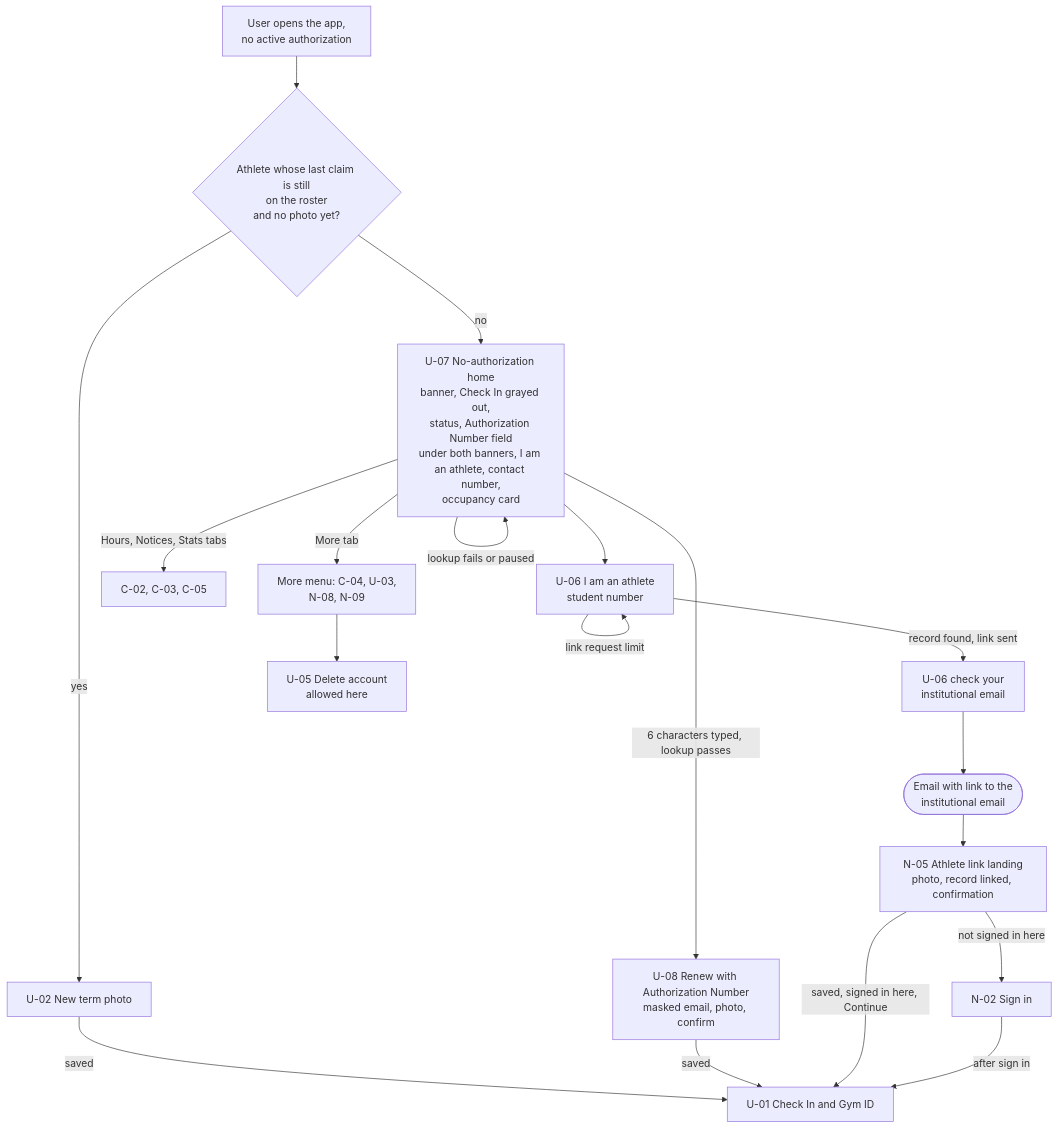
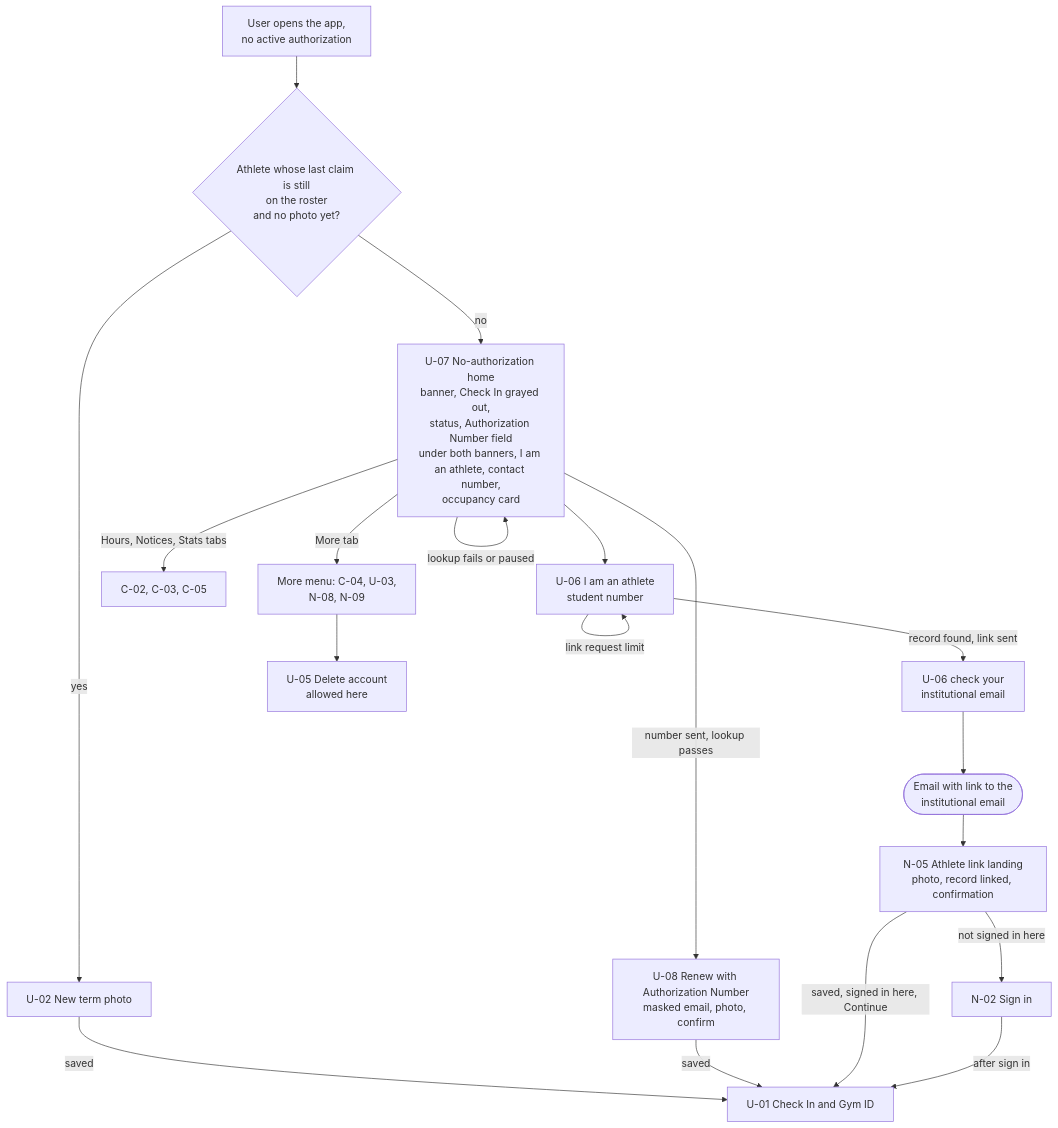
One commit to Th3-Minorities/natatorio-gym-app changed the third of 7 diagrams in docs/design/screen-map.md. Above: the diagram before and after it, drawn with Mermaid. The commit also changed other lines of this file and 11 other files, not shown here.

````diff
--- a/docs/design/screen-map.md
+++ b/docs/design/screen-map.md
@@ -87,21 +85,21 @@
 ```mermaid
 flowchart TD
   OPEN["User opens the app,<br/>no active authorization"] --> T{"Athlete whose last claim is still<br/>on the roster<br/>and no photo yet?"}
   T -->|"yes"| U02["U-02 New term photo"]
   U02 -->|"saved"| U01["U-01 Check In and Gym ID"]
   T -->|"no"| U07["U-07 No-authorization home<br/>banner, Check In grayed out,<br/>status, Authorization Number field<br/>under both banners, I am an athlete, contact number,<br/>occupancy card"]
-  U07 -->|"6 characters typed, lookup passes"| U08["U-08 Renew with Authorization Number<br/>masked email, photo, confirm"]
+  U07 -->|"number sent, lookup passes"| U08["U-08 Renew with Authorization Number<br/>masked email, photo, confirm"]
   U07 -->|"lookup fails or paused"| U07
   U08 -->|"saved"| U01
   U07 --> U06["U-06 I am an athlete<br/>student number"]
   U06 -->|"record found, link sent"| U06M["U-06 check your<br/>institutional email"]
   U06 -->|"link request limit"| U06
   U06M --> MAIL(["Email with link to the<br/>institutional email"])
   MAIL --> N05["N-05 Athlete link landing<br/>photo, record linked, confirmation"]
   N05 -->|"saved, signed in here, Continue"| U01
   N05 -->|"not signed in here"| N02["N-02 Sign in"]
   N02 -->|"after sign in"| U01
   U07 -->|"Hours, Notices, Stats tabs"| SH["C-02, C-03, C-05"]
   U07 -->|"More tab"| MORE["More menu: C-04, U-03,<br/>N-08, N-09"]
   MORE --> U05["U-05 Delete account<br/>allowed here"]
 ```
````
